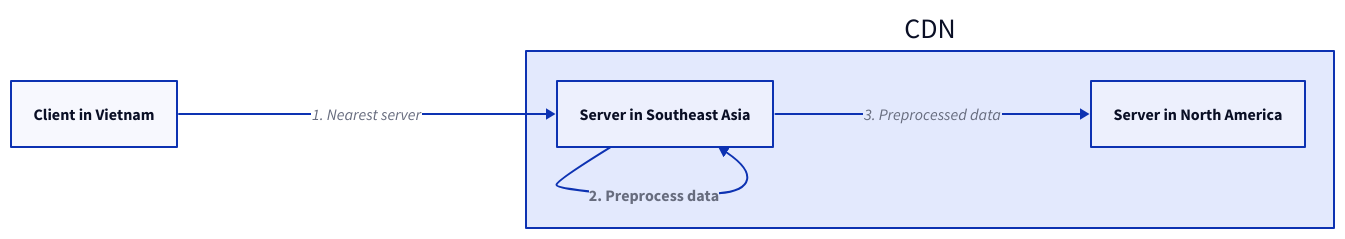
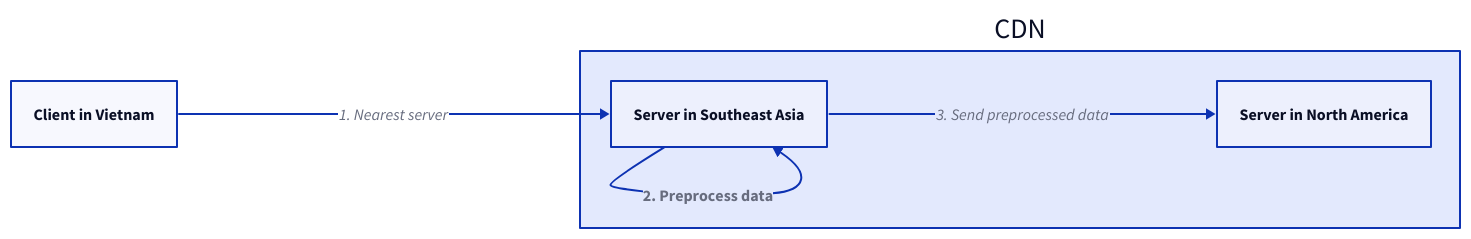
Before and after one commit to link1905/system-design-101: diagram 17 of 17 in content/data-persistence/media-storage.md, drawn with D2. The commit also changed other lines of this file and 42 other files, not shown here.

````diff
--- a/content/data-persistence/media-storage.md
+++ b/content/data-persistence/media-storage.md
@@ -607,19 +570,19 @@
 ```d2
 direction: right
 cdn: CDN {
   s1: Server in Southeast Asia {
     class: server
   }
   s2: Server in North America {
     class: server
   }
 }
 c: Client in Vietnam {
   class: client
 }
 c -> cdn.s1: 1. Nearest server
 cdn.s1 -> cdn.s1: 2. Preprocess data {
   style.bold: true
 }
-cdn.s1 -> cdn.s2: 3. Preprocessed data
+cdn.s1 -> cdn.s2: 3. Send preprocessed data
 ```
````
